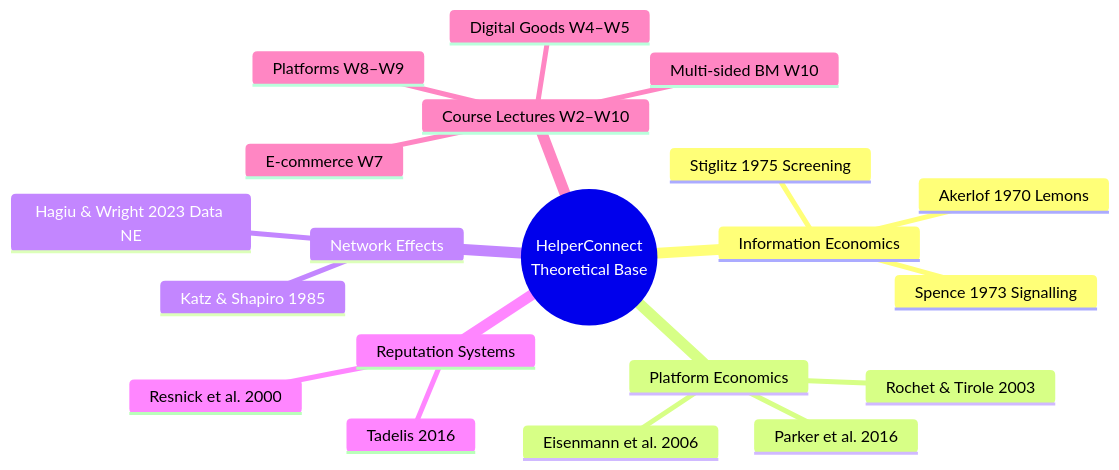
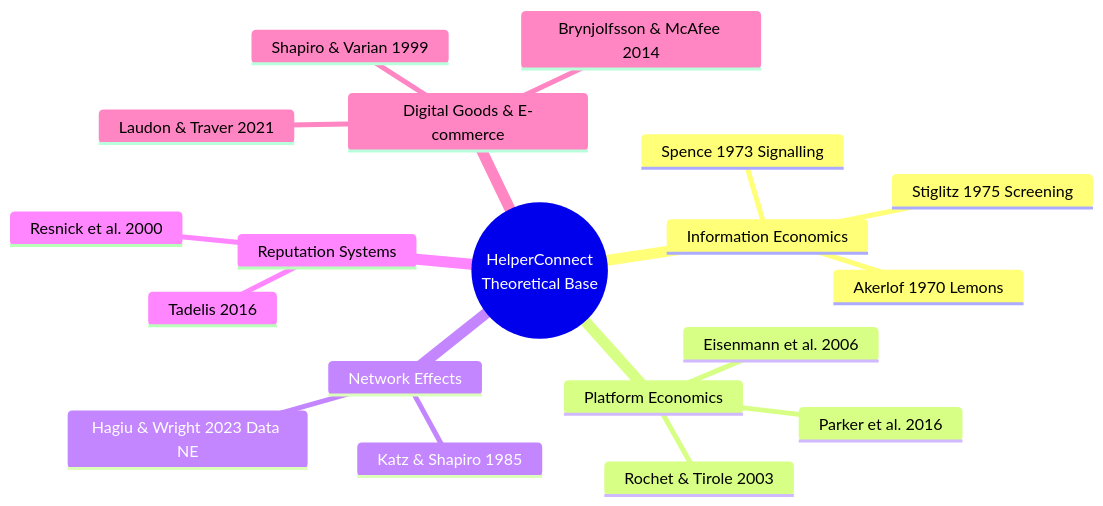
One commit to LU-Chuanyu/isom2010 changed the third of 10 diagrams in HelperConnect_Final_Report.md. Above: the diagram before and after it, drawn with Mermaid. The commit also changed other lines of this file, not shown here.

````diff
--- a/HelperConnect_Final_Report.md
+++ b/HelperConnect_Final_Report.md
@@ -163,23 +163,22 @@
 ```mermaid
 mindmap
   root((HelperConnect<br/>Theoretical Base))
     Information Economics
       Akerlof 1970 Lemons
       Spence 1973 Signalling
       Stiglitz 1975 Screening
     Platform Economics
       Rochet & Tirole 2003
       Parker et al. 2016
       Eisenmann et al. 2006
     Network Effects
       Katz & Shapiro 1985
       Hagiu & Wright 2023 Data NE
     Reputation Systems
       Resnick et al. 2000
       Tadelis 2016
-    Course Lectures W2–W10
-      Digital Goods W4–W5
-      E-commerce W7
-      Platforms W8–W9
-      Multi-sided BM W10
+    Digital Goods & E-commerce
+      Shapiro & Varian 1999
+      Brynjolfsson & McAfee 2014
+      Laudon & Traver 2021
 ```
````
